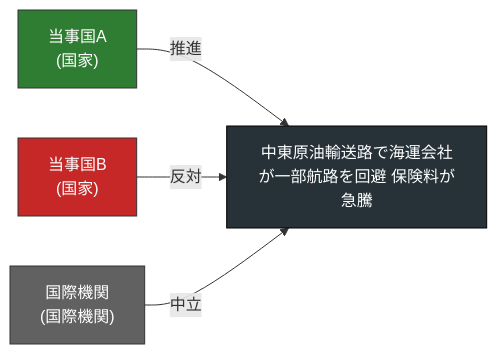
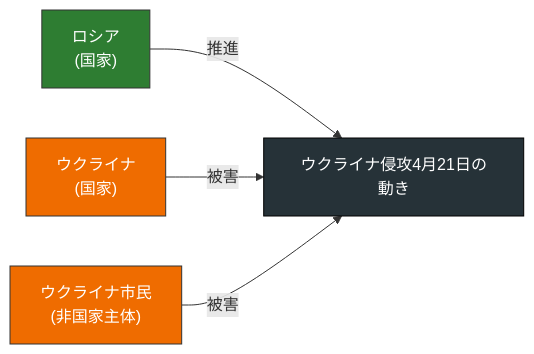
Diagram 17 of 25 in docs/reports/2026-04-22.md (YUUUyutaro/tiseigaku), drawn with Mermaid before and after one commit. The commit also changed other lines of this file and 3 other files, not shown here.

````diff
--- a/docs/reports/2026-04-22.md
+++ b/docs/reports/2026-04-22.md
@@ -223,14 +311,14 @@
 ```mermaid
 flowchart LR
-  T["中東原油輸送路で海運会社が一部航路を回避 保険料が急騰"]
-  A0["当事国A\n(国家)"]
+  T["ウクライナ侵攻4月21日の動き"]
+  A0["ロシア\n(国家)"]
   A0 -- 推進 --> T
   style A0 fill:#2e7d32,color:#fff,stroke:#333
-  A1["当事国B\n(国家)"]
-  A1 -- 反対 --> T
-  style A1 fill:#c62828,color:#fff,stroke:#333
-  A2["国際機関\n(国際機関)"]
-  A2 -- 中立 --> T
-  style A2 fill:#616161,color:#fff,stroke:#333
+  A1["ウクライナ\n(国家)"]
+  A1 -- 被害 --> T
+  style A1 fill:#ef6c00,color:#fff,stroke:#333
+  A2["ウクライナ市民\n(非国家主体)"]
+  A2 -- 被害 --> T
+  style A2 fill:#ef6c00,color:#fff,stroke:#333
   style T fill:#263238,color:#fff,stroke:#000
 ```
````
